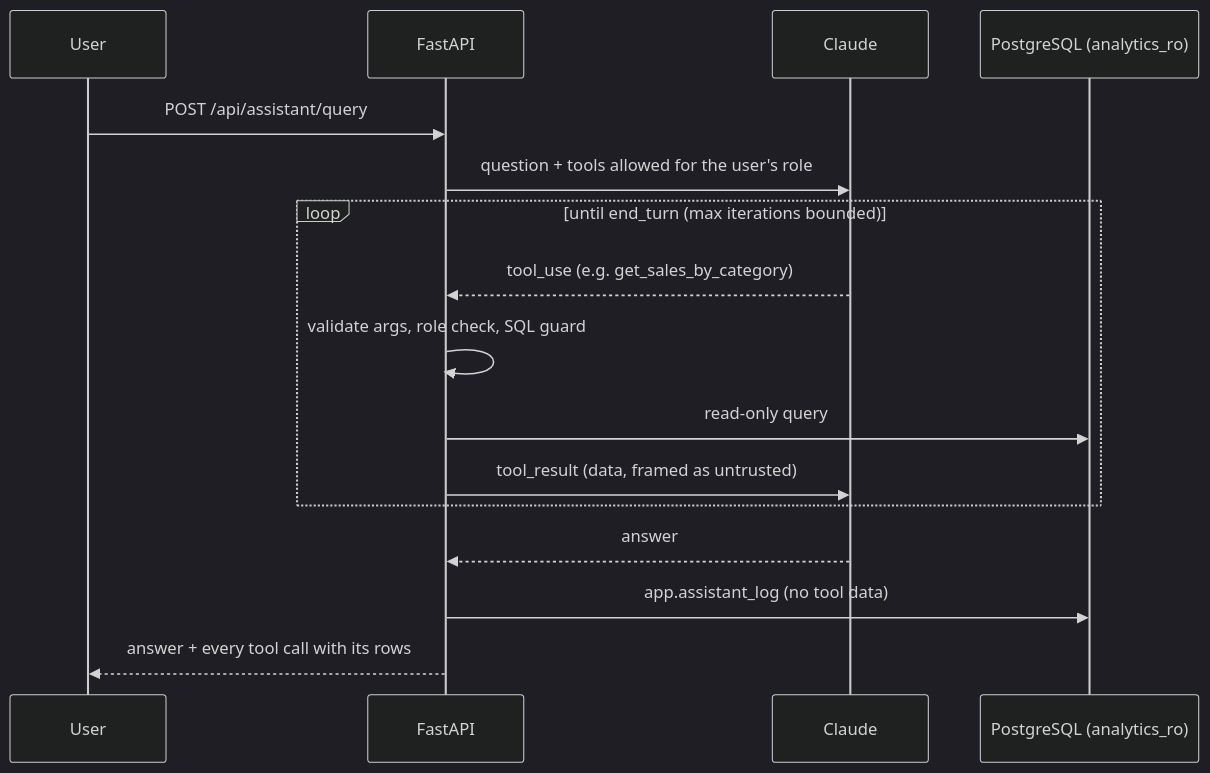
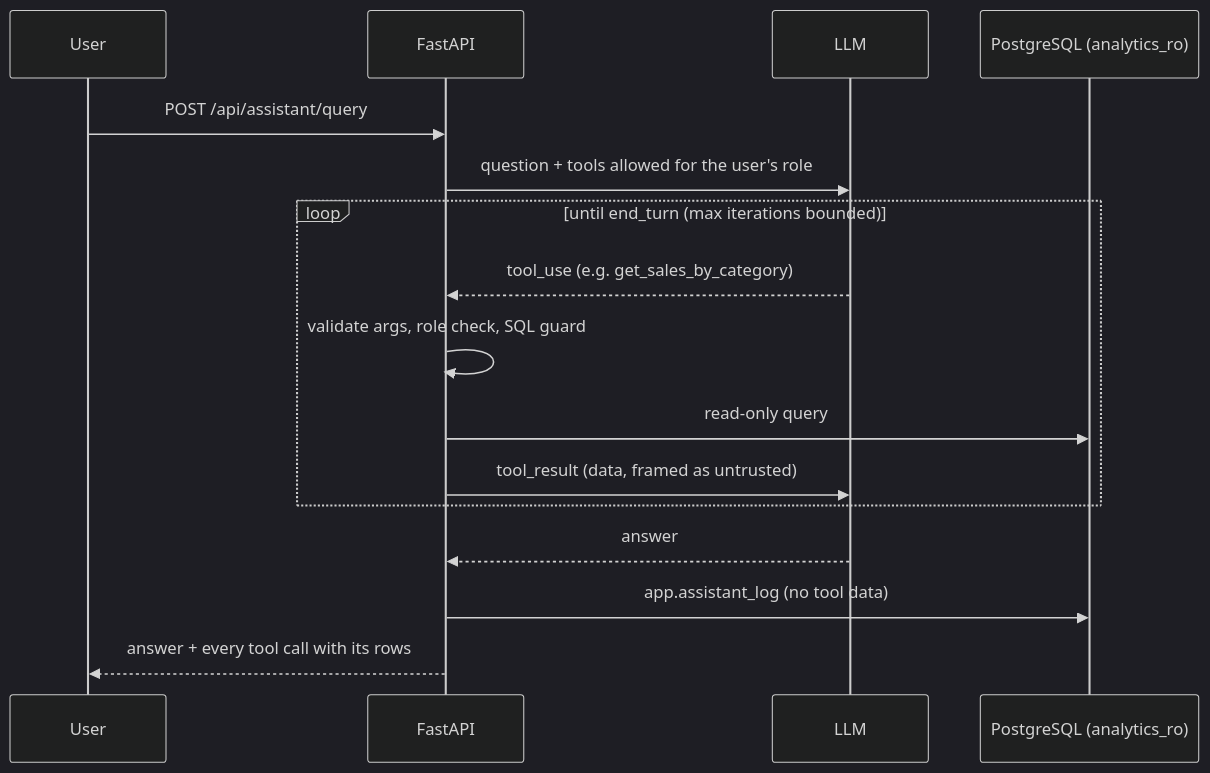
One commit to bouzayeni/smart-ecommerce-intelligence changed the fourth of 4 diagrams in docs/architecture.md. Above: the diagram before and after it, drawn with Mermaid (dark theme). The commit also changed other lines of this file and 6 other files, not shown here.

````diff
--- a/docs/architecture.md
+++ b/docs/architecture.md
@@ -101,18 +101,18 @@
 ```mermaid
 sequenceDiagram
     participant U as User
     participant A as FastAPI
-    participant C as Claude
+    participant C as LLM
     participant D as PostgreSQL (analytics_ro)
     U->>A: POST /api/assistant/query
     A->>C: question + tools allowed for the user's role
     loop until end_turn (max iterations bounded)
         C-->>A: tool_use (e.g. get_sales_by_category)
         A->>A: validate args, role check, SQL guard
         A->>D: read-only query
         A->>C: tool_result (data, framed as untrusted)
     end
     C-->>A: answer
     A->>D: app.assistant_log (no tool data)
     A-->>U: answer + every tool call with its rows
 ```
````
